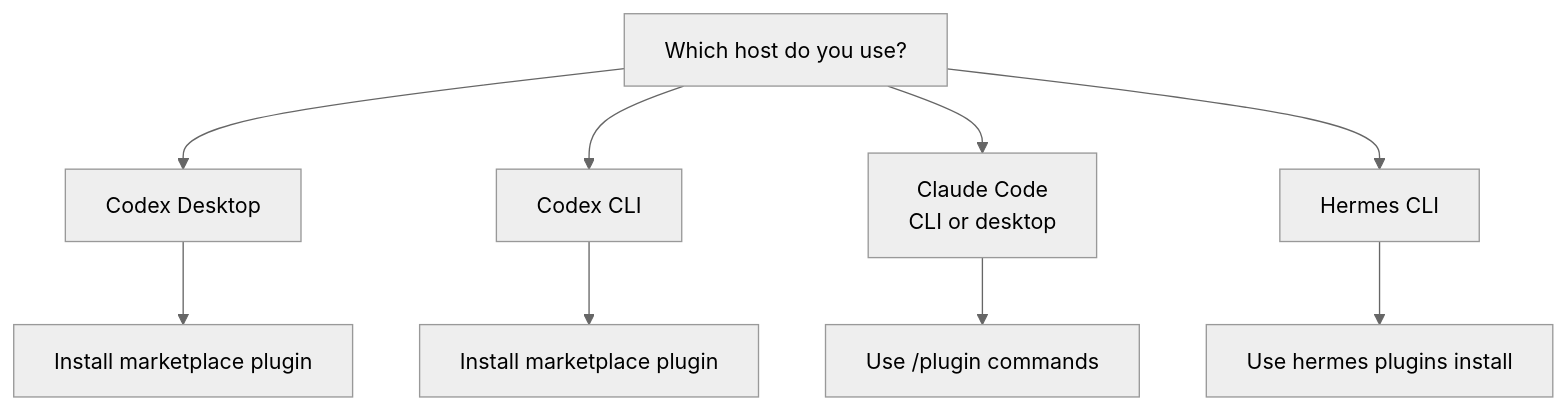
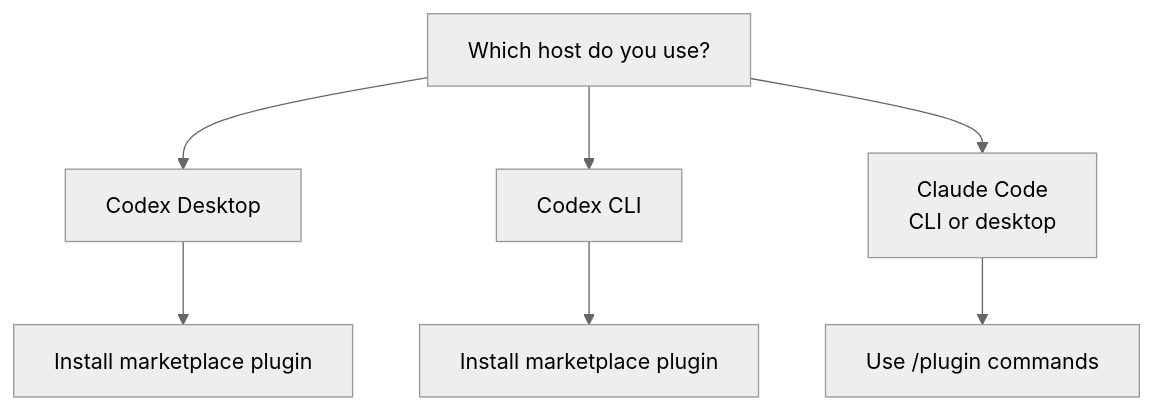
One commit to sssstwee/tastedistill changed the third of 3 diagrams in README.md. Above: the diagram before and after it, drawn with Mermaid (neutral theme). The commit also changed other lines of this file and 25 other files, not shown here.

````diff
--- a/README.md
+++ b/README.md
@@ -140,11 +137,9 @@
 ```mermaid
 flowchart TD
     A["Which host do you use?"] --> B["Codex Desktop"]
     A --> C["Codex CLI"]
     A --> D["Claude Code<br/>CLI or desktop"]
-    A --> E["Hermes CLI"]
     B --> F["Install marketplace plugin"]
     C --> G["Install marketplace plugin"]
     D --> H["Use /plugin commands"]
-    E --> I["Use hermes plugins install"]
 ```
````
